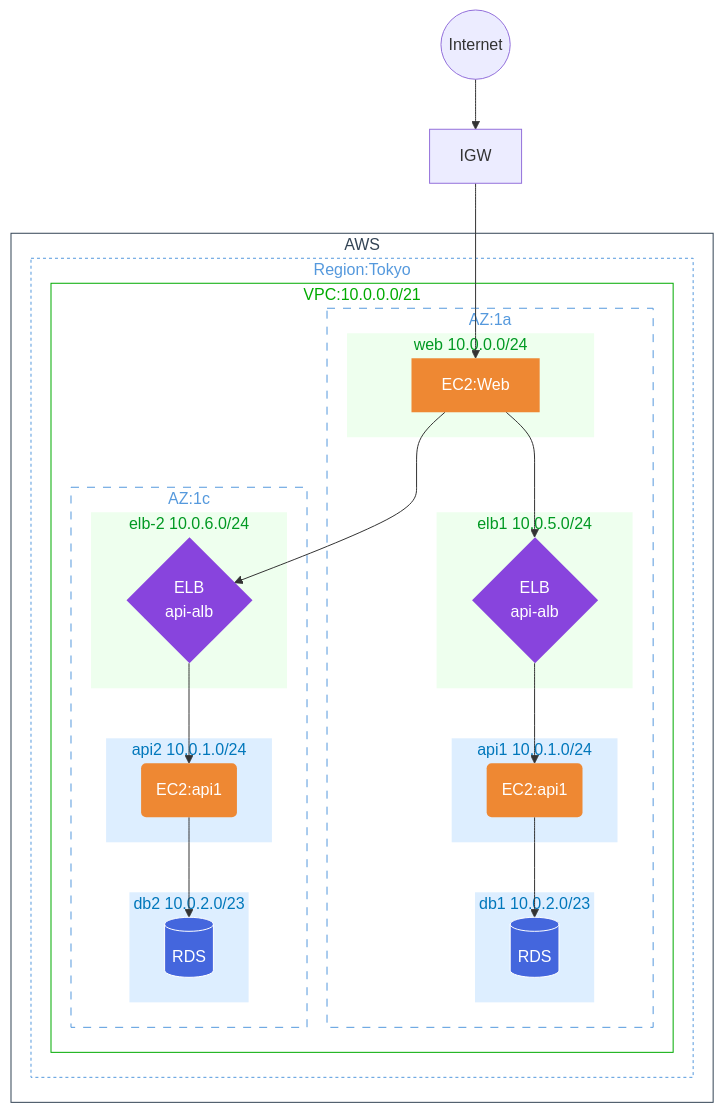
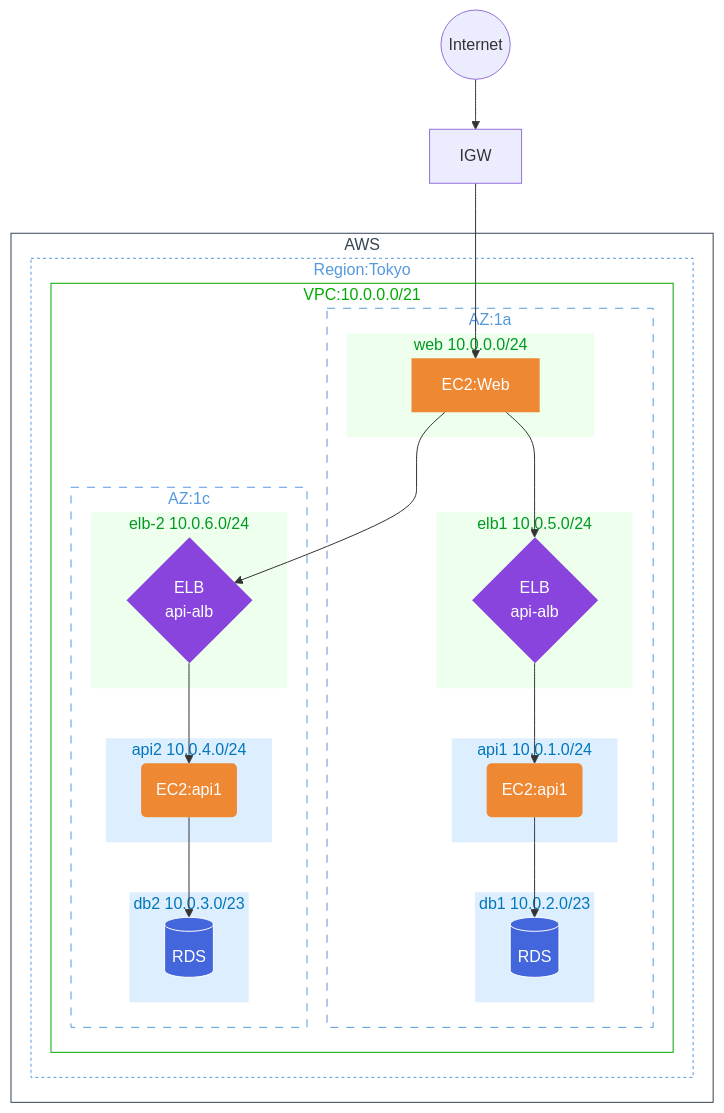
One commit to kuma8088/ct_sprints_iimura changed the diagram in README.md. Above: the diagram before and after it, drawn with Mermaid.

Commit message:
README.md updated

```diff
--- a/README.md
+++ b/README.md
@@ -41,10 +41,10 @@
         subgraph GS6[elb-2 10.0.6.0/24]
           NW2{ELB<br>api-alb}
         end
-        subgraph GS7[api2 10.0.1.0/24]
+        subgraph GS7[api2 10.0.4.0/24]
           CP3("EC2:api1")
         end
-        subgraph GS8[db2 10.0.2.0/23]
+        subgraph GS8[db2 10.0.3.0/23]
           DB2[("RDS")]
         end
       end
```
